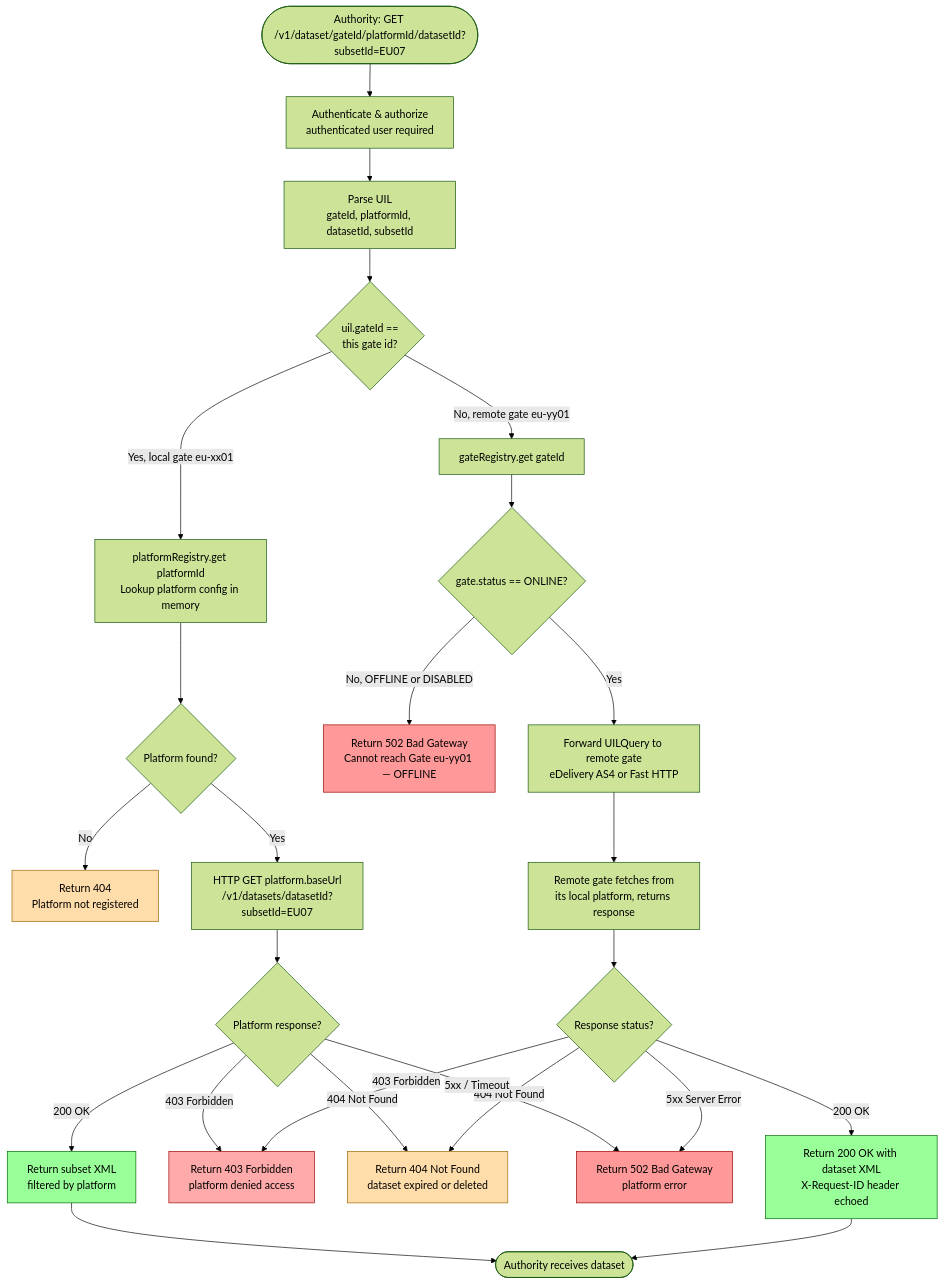
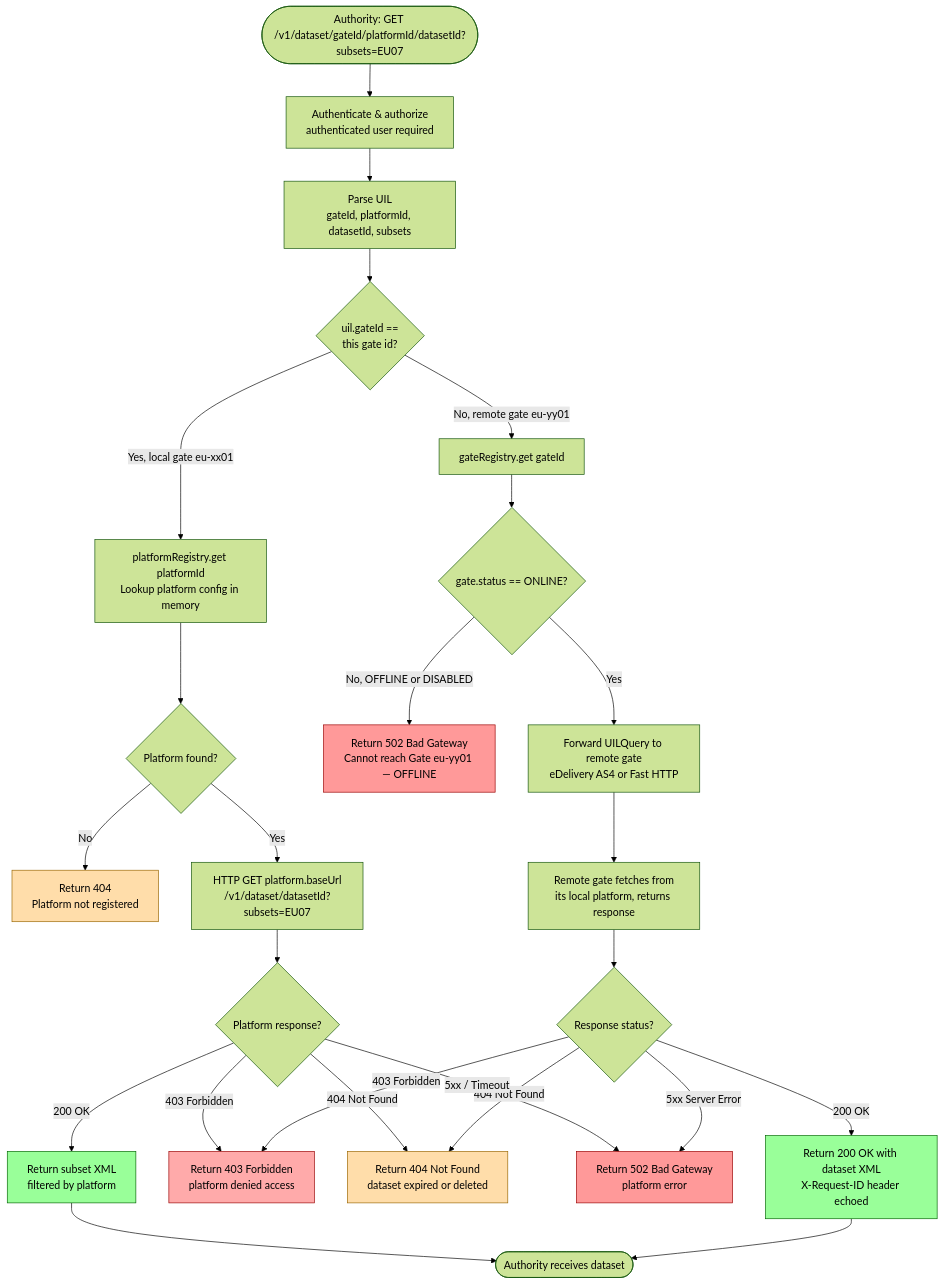
One commit to kemit-ee/efti-gate-ee changed the diagram in docs/specs/diagrams/flow-03-dataset-access-control.mmd. Above: the diagram before and after it, drawn with Mermaid (forest theme). The commit also changed 15 other files, not shown here.

First line of the commit message:
docs(specs): name the dataset subset parameter 'subsets' everywhere, EU01-EU07 only in examples (#362)

```diff
--- a/docs/specs/diagrams/flow-03-dataset-access-control.mmd
+++ b/docs/specs/diagrams/flow-03-dataset-access-control.mmd
@@ -1,43 +1,43 @@
 flowchart TD
-    Start([Authority: GET /v1/dataset/gateId/platformId/datasetId?subsetId=EU07]) --> AuthCheck[Authenticate & authorize\nauthenticated user required]
+    Start([Authority: GET /v1/dataset/gateId/platformId/datasetId?subsets=EU07]) --> AuthCheck[Authenticate & authorize\nauthenticated user required]
 
-    AuthCheck --> ParseUIL[Parse UIL\ngateId, platformId, datasetId, subsetId]
+    AuthCheck --> ParseUIL[Parse UIL\ngateId, platformId, datasetId, subsets]
 
     ParseUIL --> GateCheck{uil.gateId ==\nthis gate id?}
 
     GateCheck -->|Yes, local gate eu-xx01| LookupLocalPlatform[platformRegistry.get platformId\nLookup platform config in memory]
     GateCheck -->|No, remote gate eu-yy01| LookupRemoteGate[gateRegistry.get gateId]
 
     LookupLocalPlatform --> LocalPlatformFound{Platform found?}
     LocalPlatformFound -->|No| Return404P[Return 404\nPlatform not registered]
-    LocalPlatformFound -->|Yes| CallLocalPlatform[HTTP GET platform.baseUrl\n/v1/datasets/datasetId?subsetId=EU07]
+    LocalPlatformFound -->|Yes| CallLocalPlatform[HTTP GET platform.baseUrl\n/v1/dataset/datasetId?subsets=EU07]
 
     LookupRemoteGate --> GateOnline{gate.status == ONLINE?}
     GateOnline -->|No, OFFLINE or DISABLED| Return502["Return 502 Bad Gateway<br/>Cannot reach Gate eu-yy01 — OFFLINE"]
     GateOnline -->|Yes| ForwardToRemote[Forward UILQuery to remote gate\neDelivery AS4 or Fast HTTP]
 
     ForwardToRemote --> RemoteGateResponse[Remote gate fetches from\nits local platform, returns response]
 
     RemoteGateResponse --> RemoteStatus{Response status?}
     RemoteStatus -->|200 OK| ReturnDataset[Return 200 OK with dataset XML\nX-Request-ID header echoed]
     RemoteStatus -->|403 Forbidden| Return403[Return 403 Forbidden\nplatform denied access]
     RemoteStatus -->|404 Not Found| Return404[Return 404 Not Found\ndataset expired or deleted]
     RemoteStatus -->|5xx Server Error| Return502b[Return 502 Bad Gateway\nplatform error]
 
     CallLocalPlatform --> LocalPlatformStatus{Platform response?}
 
     LocalPlatformStatus -->|200 OK| ReturnFilteredDataset[Return subset XML\nfiltered by platform]
     LocalPlatformStatus -->|403 Forbidden| Return403
     LocalPlatformStatus -->|404 Not Found| Return404
     LocalPlatformStatus -->|5xx / Timeout| Return502b
 
     ReturnDataset --> End([Authority receives dataset])
     ReturnFilteredDataset --> End
 
     style Return502 fill:#f99,stroke:#900
     style Return502b fill:#f99,stroke:#900
     style Return403 fill:#faa,stroke:#900
     style Return404 fill:#fda,stroke:#960
     style Return404P fill:#fda,stroke:#960
     style ReturnDataset fill:#9f9,stroke:#060
     style ReturnFilteredDataset fill:#9f9,stroke:#060
```
